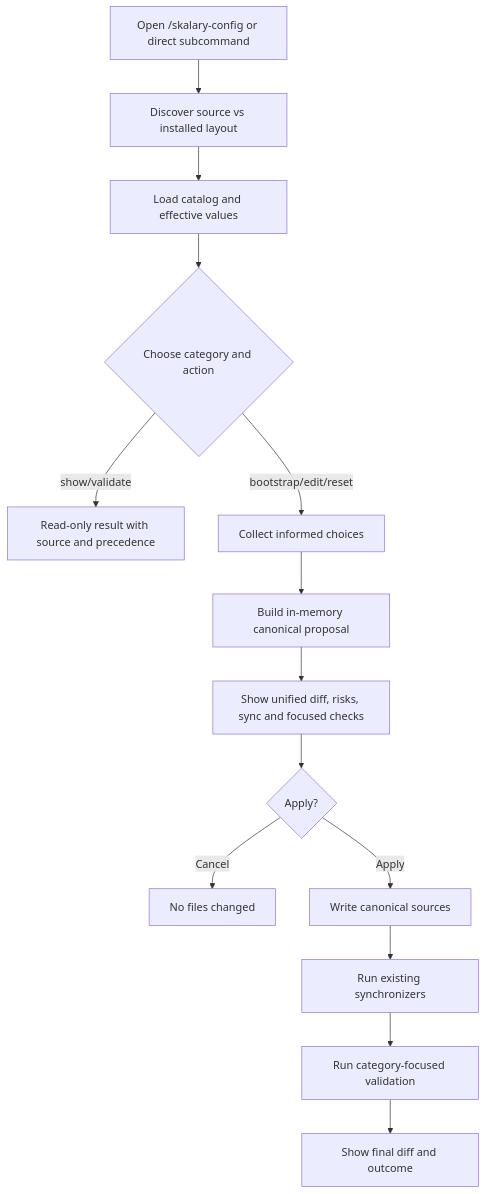
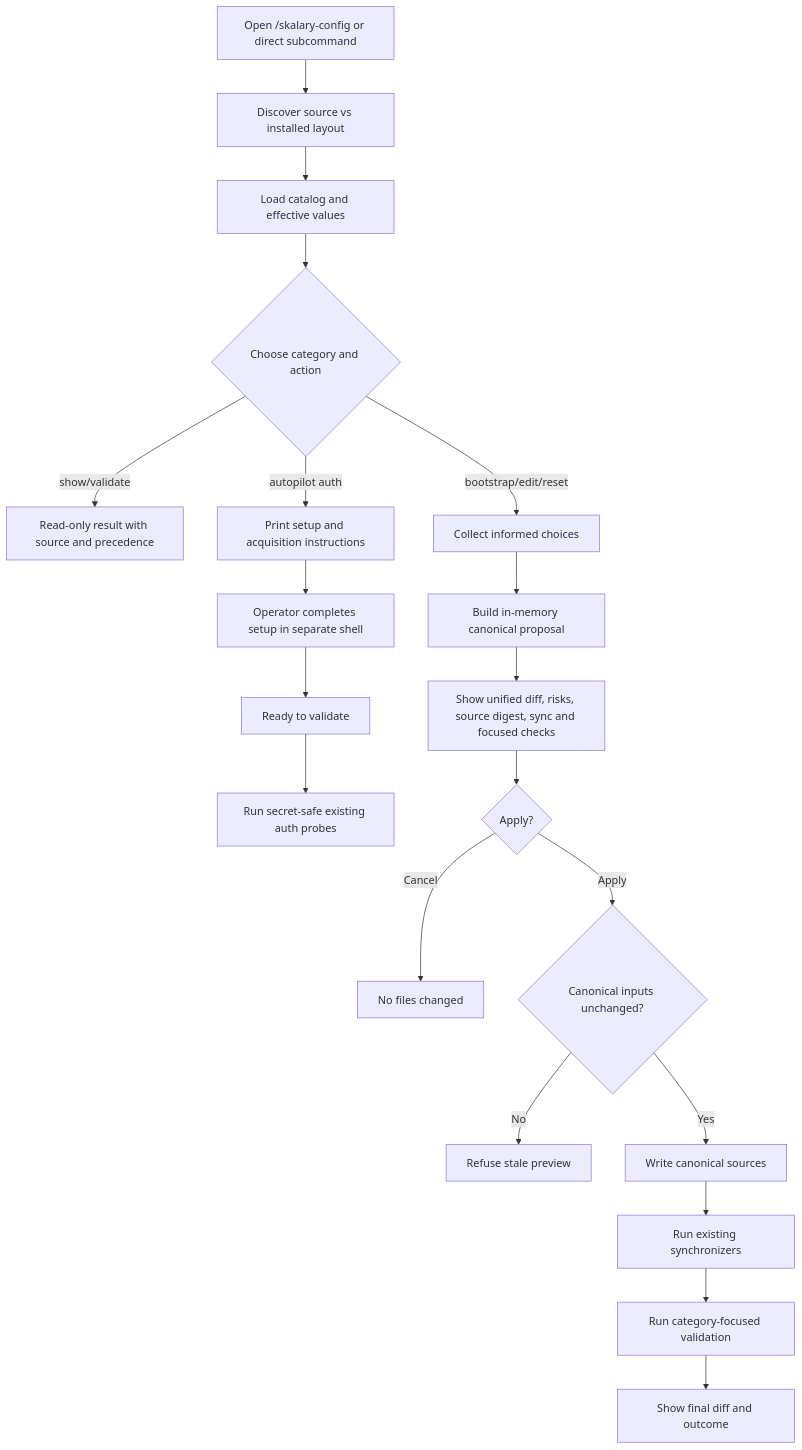
The diagram in docs/implementation-plans/705e6c-2026-09-05-a524dc-unified-skalary-configuration/assets/design.md (jIRI-san/skalary), drawn with Mermaid before and after one commit. The commit also changed other lines of this file and 8 other files, not shown here.

````diff
--- a/docs/implementation-plans/705e6c-2026-09-05-a524dc-unified-skalary-configuration/assets/design.md
+++ b/docs/implementation-plans/705e6c-2026-09-05-a524dc-unified-skalary-configuration/assets/design.md
@@ -16,16 +18,22 @@
 ```mermaid
 flowchart TD
     A[Open /skalary-config or direct subcommand] --> B[Discover source vs installed layout]
     B --> C[Load catalog and effective values]
     C --> D{Choose category and action}
     D -->|show/validate| E[Read-only result with source and precedence]
     D -->|bootstrap/edit/reset| F[Collect informed choices]
+    D -->|autopilot auth| Q[Print setup and acquisition instructions]
+    Q --> R[Operator completes setup in separate shell]
+    R --> S[Ready to validate]
+    S --> T[Run secret-safe existing auth probes]
     F --> G[Build in-memory canonical proposal]
-    G --> H[Show unified diff, risks, sync and focused checks]
+    G --> H[Show unified diff, risks, source digest, sync and focused checks]
     H --> I{Apply?}
     I -->|Cancel| J[No files changed]
-    I -->|Apply| K[Write canonical sources]
-    K --> L[Run existing synchronizers]
+    I -->|Apply| K{Canonical inputs unchanged?}
+    K -->|No| O[Refuse stale preview]
+    K -->|Yes| P[Write canonical sources]
+    P --> L[Run existing synchronizers]
     L --> M[Run category-focused validation]
     M --> N[Show final diff and outcome]
 ```
````
